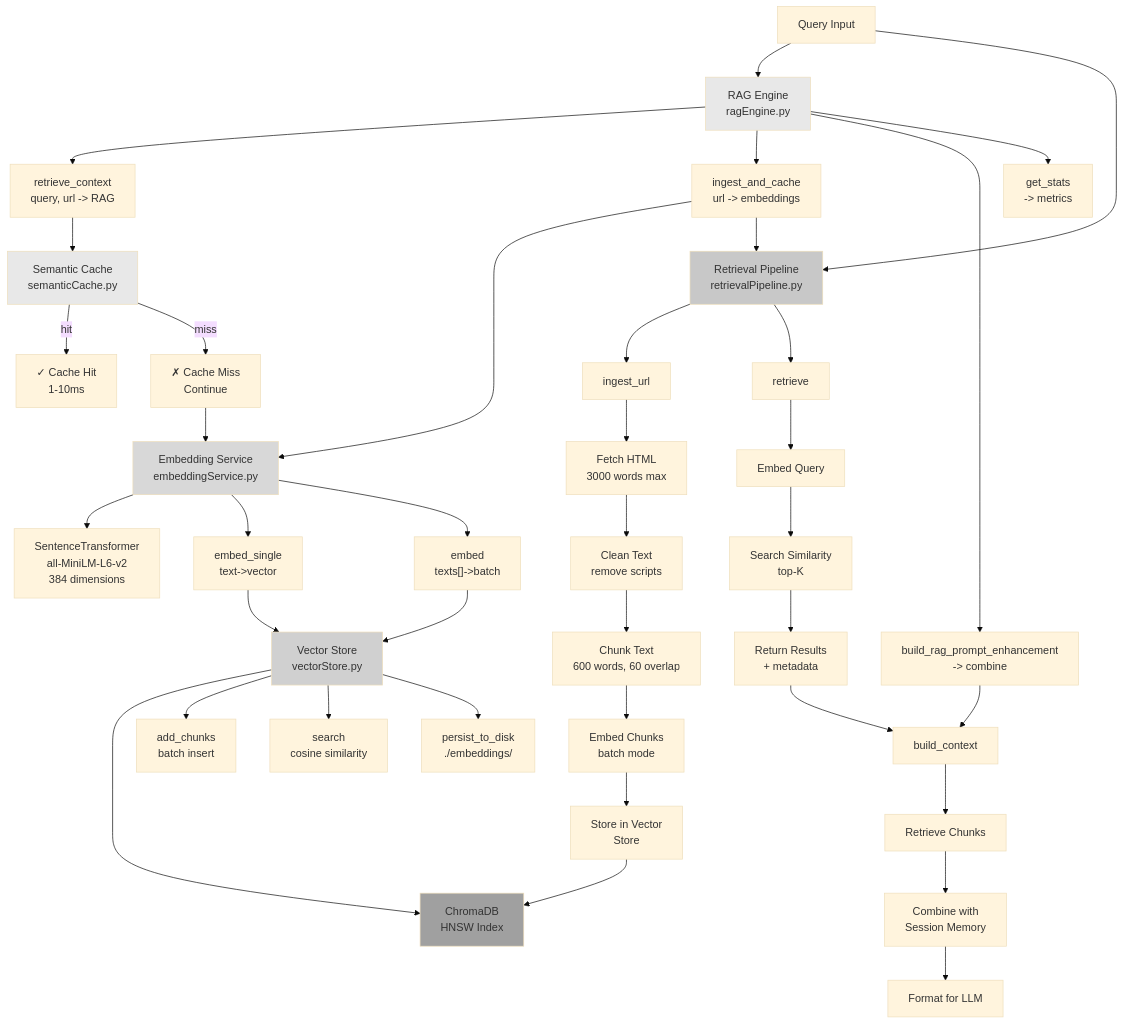
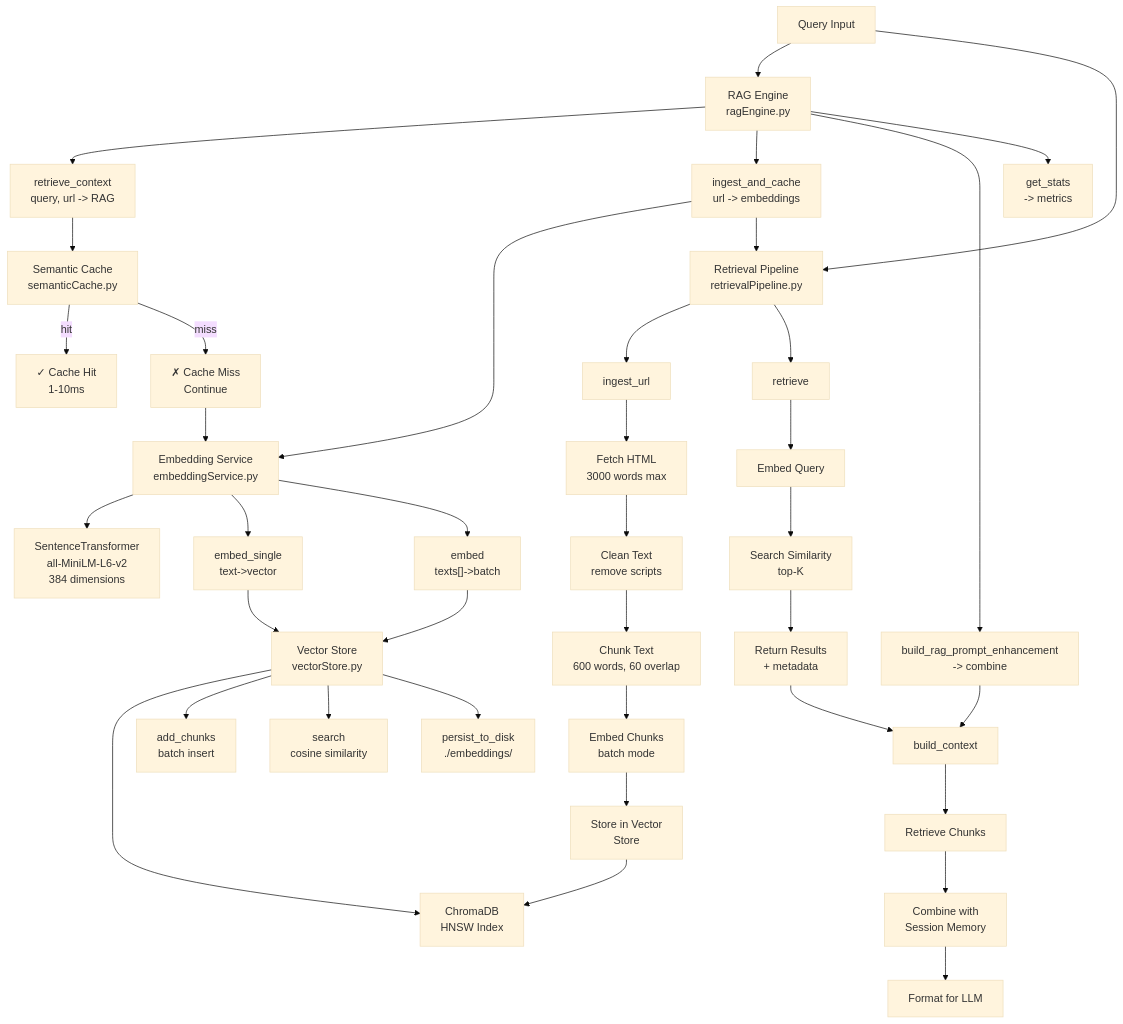
One commit to pollinations/lixSearch changed the eighth of 18 diagrams in DOCS/FULL_ARCHITECTURE.md. Above: the diagram before and after it, drawn with Mermaid (base theme). The commit also changed other lines of this file, not shown here.

Commit message:
feat: Enhance documentation with Node.js API services layer and service orchestration details

````diff
--- a/DOCS/FULL_ARCHITECTURE.md
+++ b/DOCS/FULL_ARCHITECTURE.md
@@ -593,10 +709,10 @@
     RelevantChunks --> CombineSession
     CombineSession --> FormatPrompt
     
-    style RAGEngine fill:#E8E8E8
-    style SemanticCache fill:#E8E8E8
-    style EmbedService fill:#D8D8D8
-    style VectorStore fill:#D0D0D0
-    style RetPipeline fill:#C8C8C8
-    style ChromaDB fill:#A0A0A0
+    style RAGEngine fill:#000;color:#fff
+    style SemanticCache fill:#000;color:#fff
+    style EmbedService fill:#000;color:#fff
+    style VectorStore fill:#000;color:#fff
+    style RetPipeline fill:#000;color:#fff
+    style ChromaDB fill:#000;color:#fff
 ```
````
